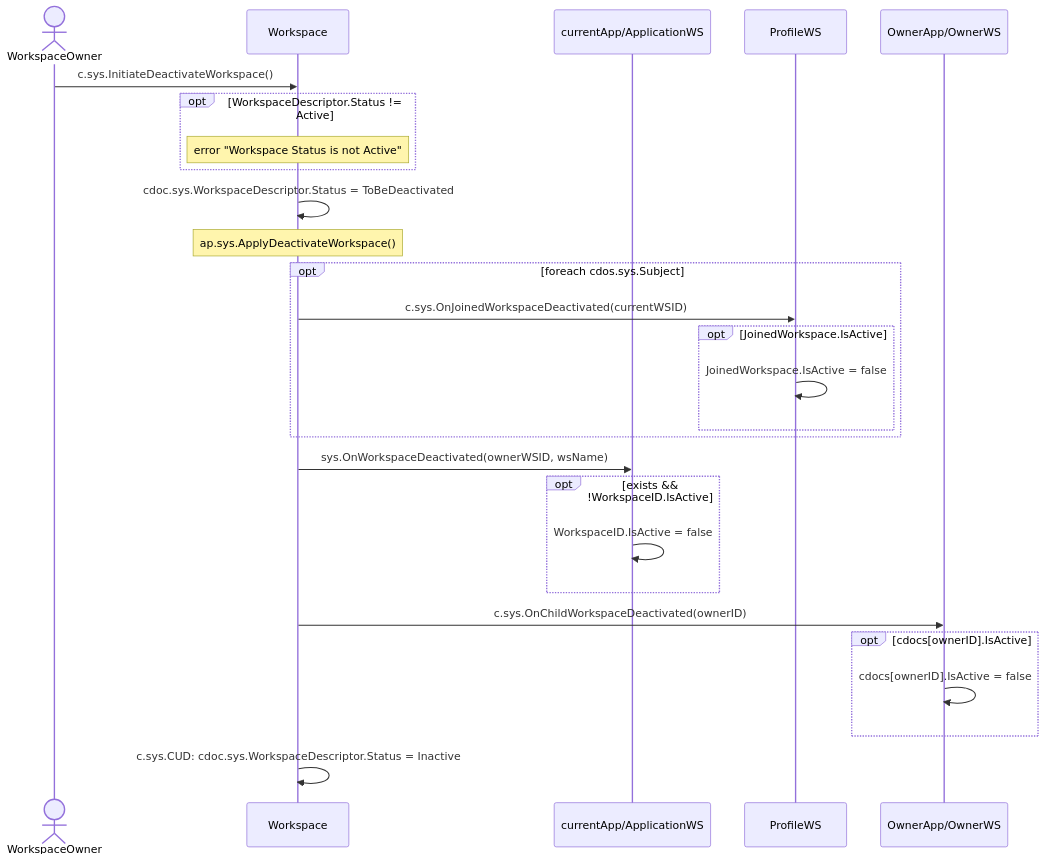
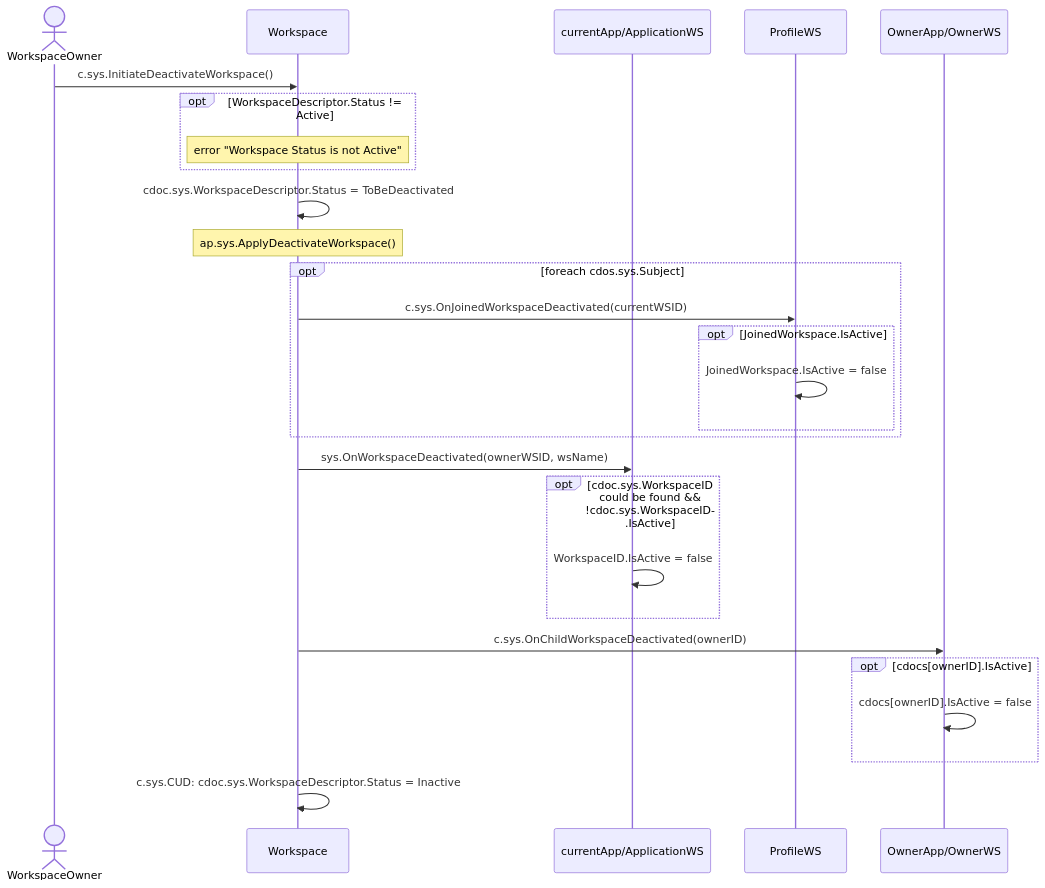
The diagram in design/workspaces/deactivate-workspace.md (voedger/voedger), drawn with Mermaid before and after one commit. The commit also changed other lines of this file and 5 other files, not shown here.

````diff
--- a/design/workspaces/deactivate-workspace.md
+++ b/design/workspaces/deactivate-workspace.md
@@ -27,36 +27,36 @@
 ```mermaid
     sequenceDiagram
 
     actor owner as WorkspaceOwner
     participant ws as Workspace
     participant appws as currentApp/ApplicationWS
     participant profile as ProfileWS
     participant ownerWS as OwnerApp/OwnerWS
 
     owner ->> ws: c.sys.InitiateDeactivateWorkspace()
     opt WorkspaceDescriptor.Status != Active
       note over ws: error "Workspace Status is not Active"
     end
 
     ws ->> ws: cdoc.sys.WorkspaceDescriptor.Status = ToBeDeactivated
 
     note over ws: ap.sys.ApplyDeactivateWorkspace()
     opt foreach cdos.sys.Subject
       ws ->> profile: c.sys.OnJoinedWorkspaceDeactivated(currentWSID)
       opt JoinedWorkspace.IsActive
         profile ->> profile: JoinedWorkspace.IsActive = false
       end
     end
 
     ws ->> appws: sys.OnWorkspaceDeactivated(ownerWSID, wsName)
-    opt exists && !WorkspaceID.IsActive
+    opt cdoc.sys.WorkspaceID could be found && !cdoc.sys.WorkspaceID.IsActive
       appws ->> appws: WorkspaceID.IsActive = false
     end
 
     ws ->> ownerWS: c.sys.OnChildWorkspaceDeactivated(ownerID)
     opt cdocs[ownerID].IsActive
       ownerWS ->> ownerWS: cdocs[ownerID].IsActive = false
     end
 
     ws ->> ws: c.sys.CUD: cdoc.sys.WorkspaceDescriptor.Status = Inactive
 ```
````
